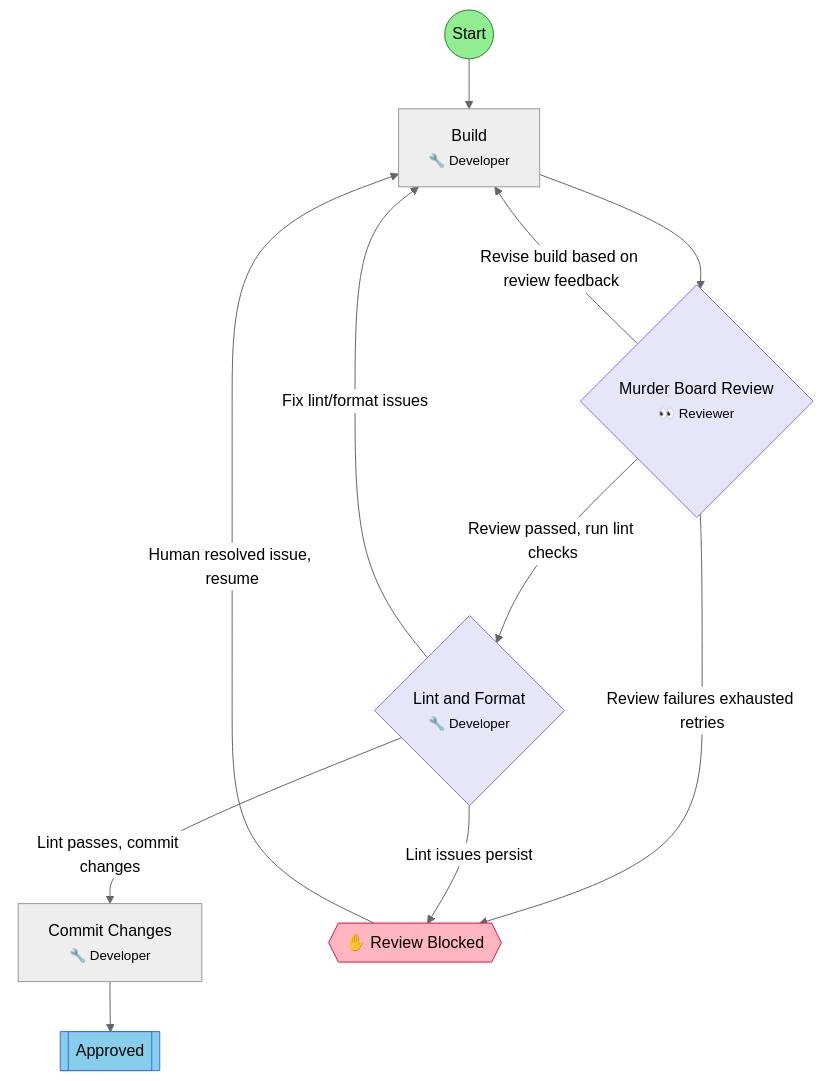
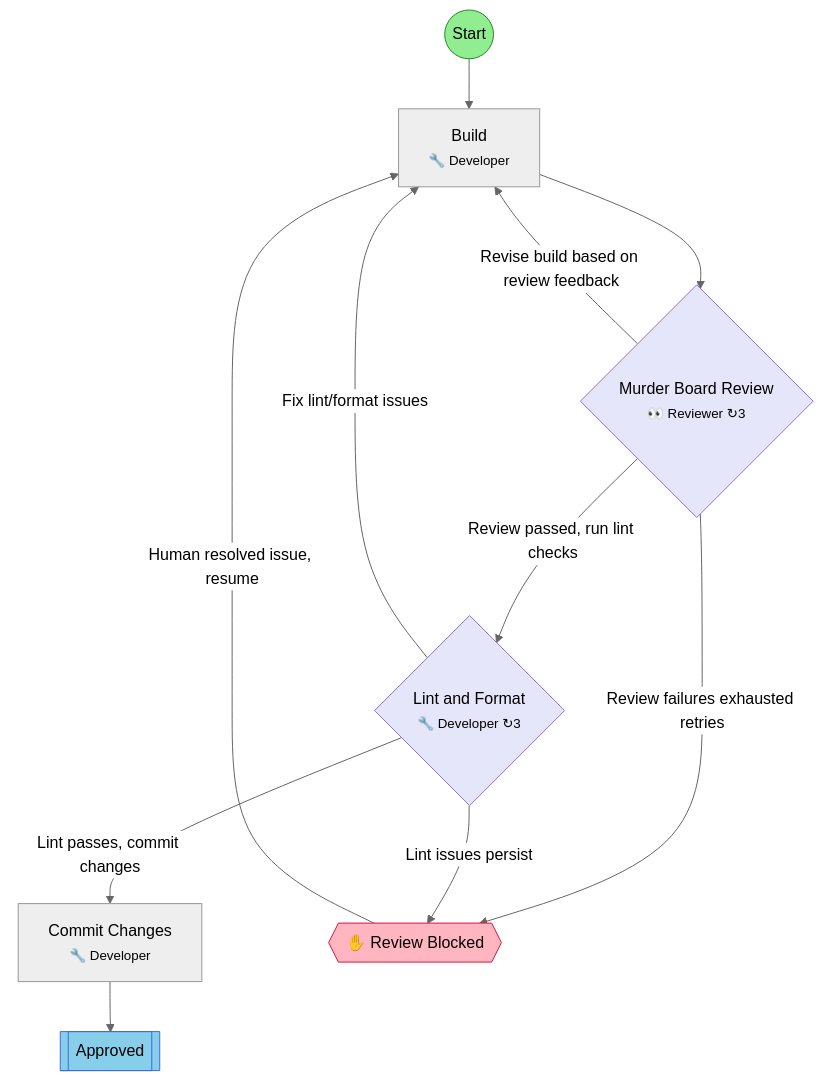
One commit to leclabs/agent-toolkit changed the diagram in .flow/diagrams/build-review-murder-board.md. Above: the diagram before and after it, drawn with Mermaid (neutral theme). The commit also changed other lines of this file and 114 other files, not shown here.

````diff
--- a/.flow/diagrams/build-review-murder-board.md
+++ b/.flow/diagrams/build-review-murder-board.md
@@ -7,32 +7,32 @@
 ```mermaid
 flowchart TD
     start(("Start"))
     build["Build<br/><small>🔧 Developer</small>"]
-    review{"Murder Board Review<br/><small>👀 Reviewer</small>"}
-    lint_format{"Lint and Format<br/><small>🔧 Developer</small>"}
+    review{"Murder Board Review<br/><small>👀 Reviewer ↻3</small>"}
+    lint_format{"Lint and Format<br/><small>🔧 Developer ↻3</small>"}
     commit["Commit Changes<br/><small>🔧 Developer</small>"]
     end_success[["Approved"]]
     hitl_blocked{{"✋ Review Blocked"}}
 
     start --> build
     build --> review
     review -->|Revise build based on review feedback| build
     review -->|Review failures exhausted retries| hitl_blocked
     review -->|Review passed, run lint checks| lint_format
     lint_format -->|Lint passes, commit changes| commit
     lint_format -->|Fix lint/format issues| build
     lint_format -->|Lint issues persist| hitl_blocked
     commit --> end_success
     hitl_blocked -->|Human resolved issue, resume| build
 
     classDef startStep fill:#90EE90,stroke:#228B22
     classDef successStep fill:#87CEEB,stroke:#4169E1
     classDef hitlStep fill:#FFB6C1,stroke:#DC143C
     classDef gateStep fill:#E6E6FA,stroke:#9370DB
     classDef forkJoinStep fill:#FFEAA7,stroke:#FDCB6E
     classDef currentStep fill:#FFD700,stroke:#FF8C00,stroke-width:3px
     class start startStep
     class end_success successStep
     class hitl_blocked hitlStep
     class review,lint_format gateStep
 ```
````
